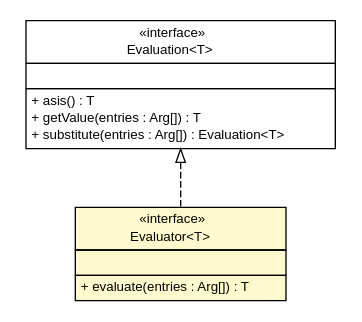
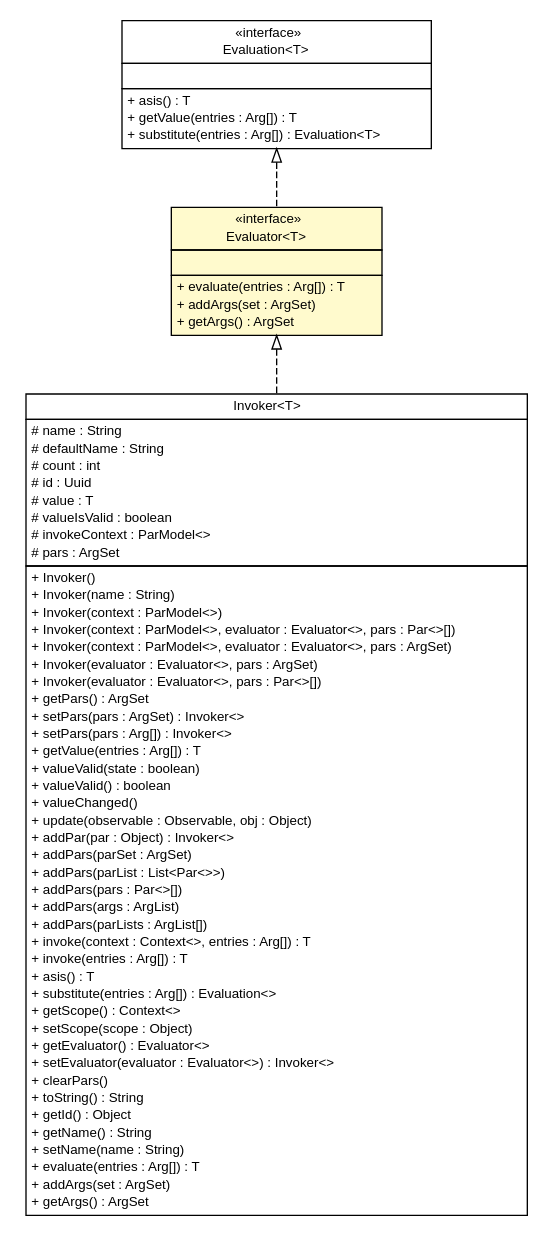
The diagram in apidocs/sorcer/service/Evaluator.dot (sorcersoft/sorcersoft.github.io), drawn with Graphviz before and after one commit. The commit also changed 4286 other files, not shown here.

```diff
--- a/apidocs/sorcer/service/Evaluator.dot
+++ b/apidocs/sorcer/service/Evaluator.dot
@@ -1,42 +1,101 @@
 #!/usr/local/bin/dot
 #
 # Class diagram 
 # Generated by UMLGraph version R5_6 (http://www.umlgraph.org/)
 #
 
 digraph G {
 	edge [fontname="Helvetica",fontsize=10,labelfontname="Helvetica",labelfontsize=10];
 	node [fontname="Helvetica",fontsize=10,shape=plaintext];
 	nodesep=0.25;
 	ranksep=0.5;
+	// sorcer.core.invoker.Invoker<T>
+	c187260 [label=<<table title="sorcer.core.invoker.Invoker" border="0" cellborder="1" cellspacing="0" cellpadding="2" port="p" href="../core/invoker/Invoker.html">
+		<tr><td><table border="0" cellspacing="0" cellpadding="1">
+<tr><td align="center" balign="center"> Invoker&lt;T&gt; </td></tr>
+		</table></td></tr>
+		<tr><td><table border="0" cellspacing="0" cellpadding="1">
+<tr><td align="left" balign="left"> # name : String </td></tr>
+<tr><td align="left" balign="left"> # defaultName : String </td></tr>
+<tr><td align="left" balign="left"> # count : int </td></tr>
+<tr><td align="left" balign="left"> # id : Uuid </td></tr>
+<tr><td align="left" balign="left"> # value : T </td></tr>
+<tr><td align="left" balign="left"> # valueIsValid : boolean </td></tr>
+<tr><td align="left" balign="left"> # invokeContext : ParModel&lt;&gt; </td></tr>
+<tr><td align="left" balign="left"> # pars : ArgSet </td></tr>
+		</table></td></tr>
+		<tr><td><table border="0" cellspacing="0" cellpadding="1">
+<tr><td align="left" balign="left"> + Invoker() </td></tr>
+<tr><td align="left" balign="left"> + Invoker(name : String) </td></tr>
+<tr><td align="left" balign="left"> + Invoker(context : ParModel&lt;&gt;) </td></tr>
+<tr><td align="left" balign="left"> + Invoker(context : ParModel&lt;&gt;, evaluator : Evaluator&lt;&gt;, pars : Par&lt;&gt;[]) </td></tr>
+<tr><td align="left" balign="left"> + Invoker(context : ParModel&lt;&gt;, evaluator : Evaluator&lt;&gt;, pars : ArgSet) </td></tr>
+<tr><td align="left" balign="left"> + Invoker(evaluator : Evaluator&lt;&gt;, pars : ArgSet) </td></tr>
+<tr><td align="left" balign="left"> + Invoker(evaluator : Evaluator&lt;&gt;, pars : Par&lt;&gt;[]) </td></tr>
+<tr><td align="left" balign="left"> + getPars() : ArgSet </td></tr>
+<tr><td align="left" balign="left"> + setPars(pars : ArgSet) : Invoker&lt;&gt; </td></tr>
+<tr><td align="left" balign="left"> + setPars(pars : Arg[]) : Invoker&lt;&gt; </td></tr>
+<tr><td align="left" balign="left"> + getValue(entries : Arg[]) : T </td></tr>
+<tr><td align="left" balign="left"> + valueValid(state : boolean) </td></tr>
+<tr><td align="left" balign="left"> + valueValid() : boolean </td></tr>
+<tr><td align="left" balign="left"> + valueChanged() </td></tr>
+<tr><td align="left" balign="left"> + update(observable : Observable, obj : Object) </td></tr>
+<tr><td align="left" balign="left"> + addPar(par : Object) : Invoker&lt;&gt; </td></tr>
+<tr><td align="left" balign="left"> + addPars(parSet : ArgSet) </td></tr>
+<tr><td align="left" balign="left"> + addPars(parList : List&lt;Par&lt;&gt;&gt;) </td></tr>
+<tr><td align="left" balign="left"> + addPars(pars : Par&lt;&gt;[]) </td></tr>
+<tr><td align="left" balign="left"> + addPars(args : ArgList) </td></tr>
+<tr><td align="left" balign="left"> + addPars(parLists : ArgList[]) </td></tr>
+<tr><td align="left" balign="left"> + invoke(context : Context&lt;&gt;, entries : Arg[]) : T </td></tr>
+<tr><td align="left" balign="left"> + invoke(entries : Arg[]) : T </td></tr>
+<tr><td align="left" balign="left"> + asis() : T </td></tr>
+<tr><td align="left" balign="left"> + substitute(entries : Arg[]) : Evaluation&lt;&gt; </td></tr>
+<tr><td align="left" balign="left"> + getScope() : Context&lt;&gt; </td></tr>
+<tr><td align="left" balign="left"> + setScope(scope : Object) </td></tr>
+<tr><td align="left" balign="left"> + getEvaluator() : Evaluator&lt;&gt; </td></tr>
+<tr><td align="left" balign="left"> + setEvaluator(evaluator : Evaluator&lt;&gt;) : Invoker&lt;&gt; </td></tr>
+<tr><td align="left" balign="left"> + clearPars() </td></tr>
+<tr><td align="left" balign="left"> + toString() : String </td></tr>
+<tr><td align="left" balign="left"> + getId() : Object </td></tr>
+<tr><td align="left" balign="left"> + getName() : String </td></tr>
+<tr><td align="left" balign="left"> + setName(name : String) </td></tr>
+<tr><td align="left" balign="left"> + evaluate(entries : Arg[]) : T </td></tr>
+<tr><td align="left" balign="left"> + addArgs(set : ArgSet) </td></tr>
+<tr><td align="left" balign="left"> + getArgs() : ArgSet </td></tr>
+		</table></td></tr>
+		</table>>, URL="../core/invoker/Invoker.html", fontname="Helvetica", fontcolor="black", fontsize=10.0];
 	// sorcer.service.Evaluation<T>
-	c135831 [label=<<table title="sorcer.service.Evaluation" border="0" cellborder="1" cellspacing="0" cellpadding="2" port="p" href="./Evaluation.html">
+	c187293 [label=<<table title="sorcer.service.Evaluation" border="0" cellborder="1" cellspacing="0" cellpadding="2" port="p" href="./Evaluation.html">
 		<tr><td><table border="0" cellspacing="0" cellpadding="1">
 <tr><td align="center" balign="center"> &#171;interface&#187; </td></tr>
 <tr><td align="center" balign="center"> Evaluation&lt;T&gt; </td></tr>
 		</table></td></tr>
 		<tr><td><table border="0" cellspacing="0" cellpadding="1">
 <tr><td align="left" balign="left">  </td></tr>
 		</table></td></tr>
 		<tr><td><table border="0" cellspacing="0" cellpadding="1">
 <tr><td align="left" balign="left"> + asis() : T </td></tr>
 <tr><td align="left" balign="left"> + getValue(entries : Arg[]) : T </td></tr>
 <tr><td align="left" balign="left"> + substitute(entries : Arg[]) : Evaluation&lt;T&gt; </td></tr>
 		</table></td></tr>
 		</table>>, URL="./Evaluation.html", fontname="Helvetica", fontcolor="black", fontsize=10.0];
 	// sorcer.service.Evaluator<T>
-	c135847 [label=<<table title="sorcer.service.Evaluator" border="0" cellborder="1" cellspacing="0" cellpadding="2" port="p" bgcolor="lemonChiffon" href="./Evaluator.html">
+	c187311 [label=<<table title="sorcer.service.Evaluator" border="0" cellborder="1" cellspacing="0" cellpadding="2" port="p" bgcolor="lemonChiffon" href="./Evaluator.html">
 		<tr><td><table border="0" cellspacing="0" cellpadding="1">
 <tr><td align="center" balign="center"> &#171;interface&#187; </td></tr>
 <tr><td align="center" balign="center"> Evaluator&lt;T&gt; </td></tr>
 		</table></td></tr>
 		<tr><td><table border="0" cellspacing="0" cellpadding="1">
 <tr><td align="left" balign="left">  </td></tr>
 		</table></td></tr>
 		<tr><td><table border="0" cellspacing="0" cellpadding="1">
 <tr><td align="left" balign="left"> + evaluate(entries : Arg[]) : T </td></tr>
+<tr><td align="left" balign="left"> + addArgs(set : ArgSet) </td></tr>
+<tr><td align="left" balign="left"> + getArgs() : ArgSet </td></tr>
 		</table></td></tr>
 		</table>>, URL="./Evaluator.html", fontname="Helvetica", fontcolor="black", fontsize=10.0];
+	//sorcer.core.invoker.Invoker<T> implements sorcer.service.Evaluator<T>
+	c187311:p -> c187260:p [dir=back,arrowtail=empty,style=dashed];
 	//sorcer.service.Evaluator<T> implements sorcer.service.Evaluation<T>
-	c135831:p -> c135847:p [dir=back,arrowtail=empty,style=dashed];
+	c187293:p -> c187311:p [dir=back,arrowtail=empty,style=dashed];
 }
```
